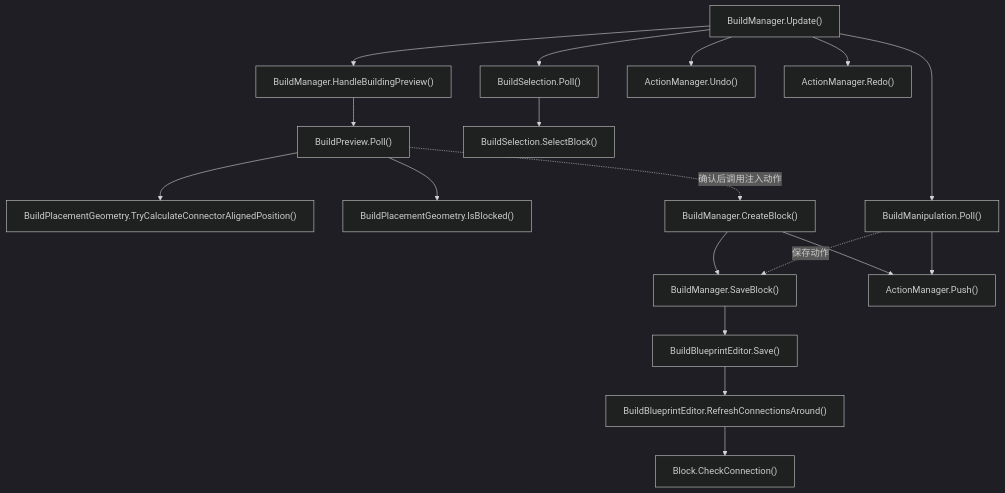
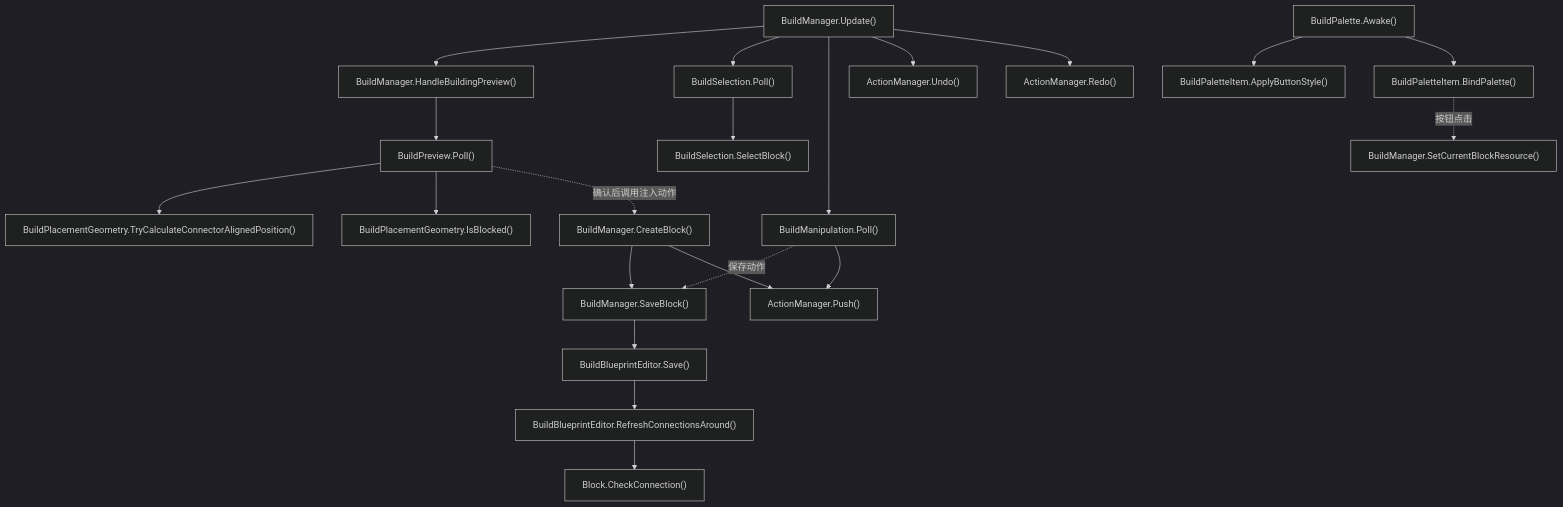
The third of 9 diagrams in Docs/RuntimeFlow.md (kukudia/HY-Sandbox), drawn with Mermaid (dark theme) before and after one commit. The commit also changed other lines of this file and 17 other files, not shown here.

````diff
--- a/Docs/RuntimeFlow.md
+++ b/Docs/RuntimeFlow.md
@@ -173,52 +173,63 @@
 ```mermaid
 flowchart TD
     A["BuildManager.Update()"]
     click A "../Assets/Scripts/Features/Building/BuildManager.cs#L96" "打开源码"
     B["BuildManager.HandleBuildingPreview()"]
     click B "../Assets/Scripts/Features/Building/BuildManager.cs#L306" "打开源码"
     C["BuildPreview.Poll()"]
     click C "../Assets/Scripts/Features/Building/Interaction/BuildPreview.cs#L41" "打开源码"
     D["BuildPlacementGeometry.TryCalculateConnectorAlignedPosition()"]
     click D "../Assets/Scripts/Features/Building/Interaction/BuildPlacementGeometry.cs#L31" "打开源码"
     E["BuildPlacementGeometry.IsBlocked()"]
     click E "../Assets/Scripts/Features/Building/Interaction/BuildPlacementGeometry.cs#L121" "打开源码"
     F["BuildManager.CreateBlock()"]
     click F "../Assets/Scripts/Features/Building/BuildManager.cs#L340" "打开源码"
     G["BuildManager.SaveBlock()"]
     click G "../Assets/Scripts/Features/Building/BuildManager.cs#L404" "打开源码"
     H["BuildBlueprintEditor.Save()"]
     click H "../Assets/Scripts/Features/Building/Interaction/BuildBlueprintEditor.cs#L17" "打开源码"
     I["BuildBlueprintEditor.RefreshConnectionsAround()"]
     click I "../Assets/Scripts/Features/Building/Interaction/BuildBlueprintEditor.cs#L68" "打开源码"
     J["BuildSelection.Poll()"]
     click J "../Assets/Scripts/Features/Building/Interaction/BuildSelection.cs#L42" "打开源码"
     K["BuildSelection.SelectBlock()"]
     click K "../Assets/Scripts/Features/Building/Interaction/BuildSelection.cs#L80" "打开源码"
     L["BuildManipulation.Poll()"]
     click L "../Assets/Scripts/Features/Building/Interaction/BuildManipulation.cs#L59" "打开源码"
     M["ActionManager.Push()"]
     click M "../Assets/Scripts/Features/Building/ActionManager.cs#L26" "打开源码"
     N["ActionManager.Undo()"]
     click N "../Assets/Scripts/Features/Building/ActionManager.cs#L37" "打开源码"
     O["ActionManager.Redo()"]
     click O "../Assets/Scripts/Features/Building/ActionManager.cs#L50" "打开源码"
     P["Block.CheckConnection()"]
     click P "../Assets/Scripts/Features/Simulation/Block.cs#L261" "打开源码"
+    Q["BuildPalette.Awake()"]
+    click Q "../Assets/Scripts/Features/Building/BuildPalette.cs#L27" "打开源码"
+    R["BuildPaletteItem.ApplyButtonStyle()"]
+    click R "../Assets/Scripts/Features/Building/BuildPaletteItem.cs#L45" "打开源码"
+    S["BuildPaletteItem.BindPalette()"]
+    click S "../Assets/Scripts/Features/Building/BuildPaletteItem.cs#L35" "打开源码"
+    T["BuildManager.SetCurrentBlockResource()"]
+    click T "../Assets/Scripts/Features/Building/BuildManager.cs#L227" "打开源码"
     A --> B
     B --> C
     C --> D
     C --> E
     C -.->|确认后调用注入动作| F
     F --> G
     G --> H
     H --> I
     I --> P
     F --> M
     A --> J
     J --> K
     A --> L
     L -.->|保存动作| G
     L --> M
     A --> N
     A --> O
+    Q --> R
+    Q --> S
+    S -.->|按钮点击| T
 ```
````
